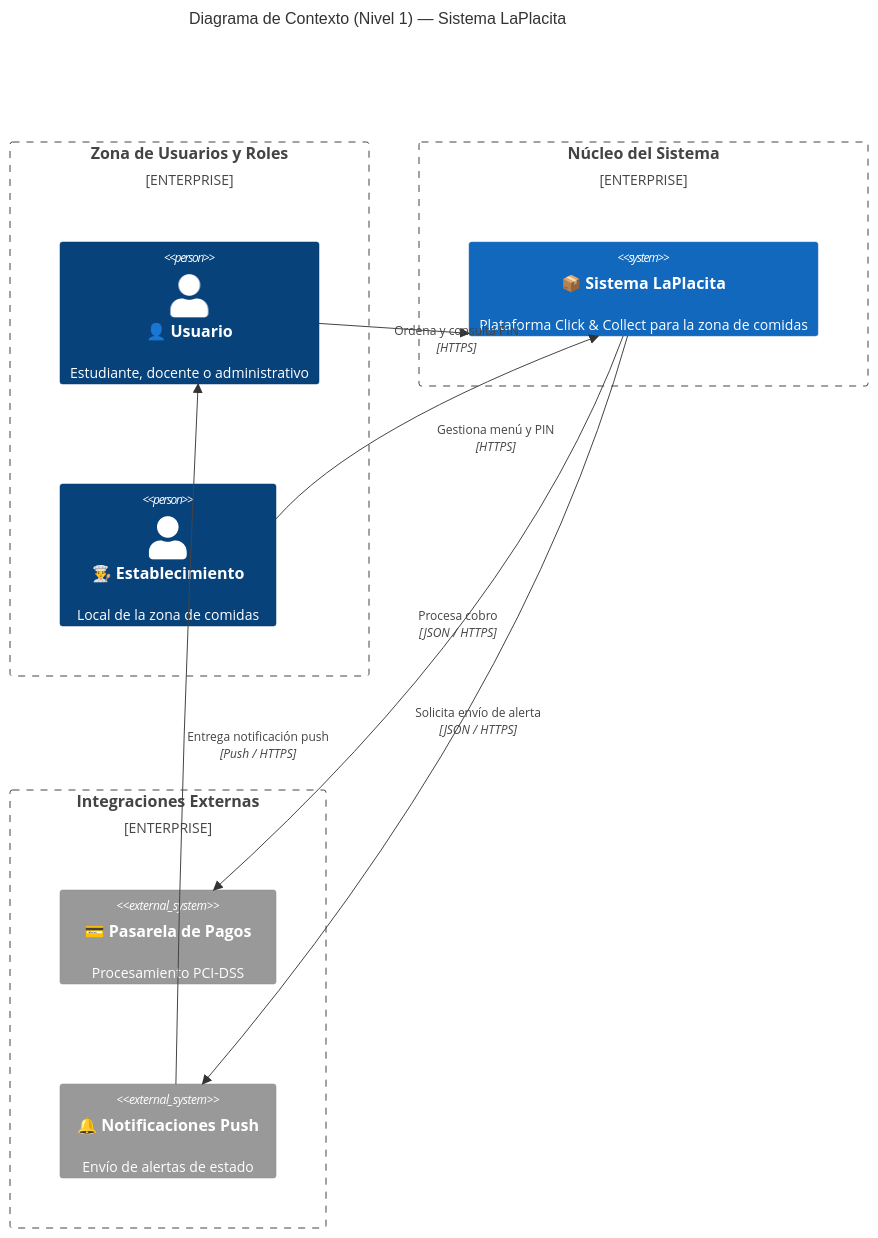
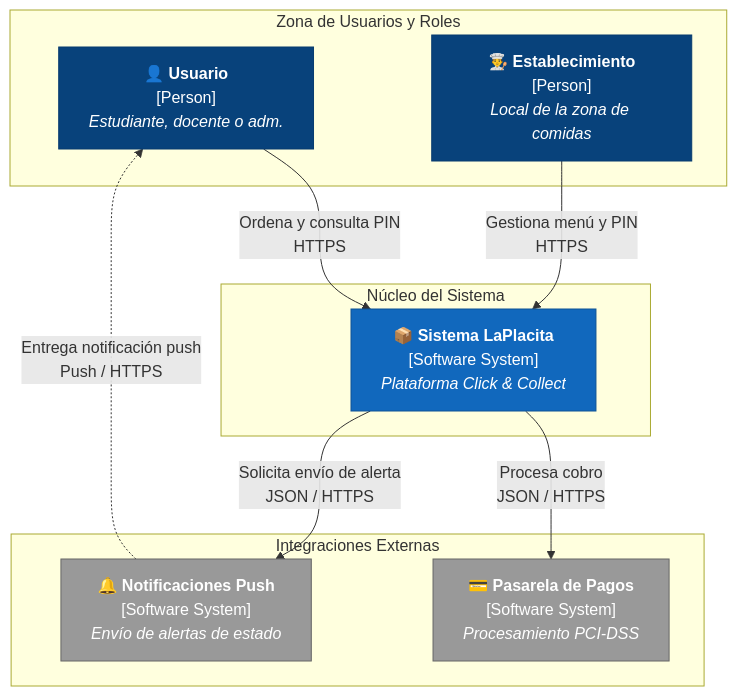
The diagram in docs/c4/contexto.md (ISCOUTB/AS_202620_LaPlacita), drawn with Mermaid before and after one commit. The commit also changed 1 other file, not shown here.

````diff
--- a/docs/c4/contexto.md
+++ b/docs/c4/contexto.md
@@ -5,28 +5,28 @@
 ```mermaid
-C4Context
-    title Diagrama de Contexto (Nivel 1) — Sistema LaPlacita
+flowchart TD
+    classDef person fill:#08427b,stroke:#073b6f,color:#fff;
+    classDef system fill:#1168bd,stroke:#0e5296,color:#fff;
+    classDef extSystem fill:#999999,stroke:#666666,color:#fff;
 
-    Enterprise_Boundary(b0, "Zona de Usuarios y Roles") {
-        Person(usuario, "👤 Usuario", "Estudiante, docente o administrativo")
-        Person(establecimiento, "👨‍🍳 Establecimiento", "Local de la zona de comidas")
-    }
+    subgraph b0 ["Zona de Usuarios y Roles"]
+        usuario["👤 <b>Usuario</b><br/>[Person]<br/><i>Estudiante, docente o adm.</i>"]:::person
+        establecimiento["👨‍🍳 <b>Establecimiento</b><br/>[Person]<br/><i>Local de la zona de comidas</i>"]:::person
+    end
 
-    Enterprise_Boundary(b1, "Núcleo del Sistema") {
-        System(laPlacita, "📦 Sistema LaPlacita", "Plataforma Click & Collect para la zona de comidas")
-    }
+    subgraph b1 ["Núcleo del Sistema"]
+        laPlacita["📦 <b>Sistema LaPlacita</b><br/>[Software System]<br/><i>Plataforma Click & Collect</i>"]:::system
+    end
 
-    Enterprise_Boundary(b2, "Integraciones Externas") {
-        System_Ext(pago, "💳 Pasarela de Pagos", "Procesamiento PCI-DSS")
-        System_Ext(push, "🔔 Notificaciones Push", "Envío de alertas de estado")
-    }
+    subgraph b2 ["Integraciones Externas"]
+        pago["💳 <b>Pasarela de Pagos</b><br/>[Software System]<br/><i>Procesamiento PCI-DSS</i>"]:::extSystem
+        push["🔔 <b>Notificaciones Push</b><br/>[Software System]<br/><i>Envío de alertas de estado</i>"]:::extSystem
+    end
 
-    %% --- RELACIONES LIMPIAS ---
-    Rel(usuario, laPlacita, "Ordena y consulta PIN", "HTTPS")
-    Rel(establecimiento, laPlacita, "Gestiona menú y PIN", "HTTPS")
+    usuario -->|Ordena y consulta PIN<br/>HTTPS| laPlacita
+    establecimiento -->|Gestiona menú y PIN<br/>HTTPS| laPlacita
 
-    Rel(laPlacita, pago, "Procesa cobro", "JSON / HTTPS")
-    Rel(laPlacita, push, "Solicita envío de alerta", "JSON / HTTPS")
+    laPlacita -->|Procesa cobro<br/>JSON / HTTPS| pago
+    laPlacita -->|Solicita envío de alerta<br/>JSON / HTTPS| push
 
-    Rel(push, usuario, "Entrega notificación push", "Push / HTTPS")
-
+    push -.->|Entrega notificación push<br/>Push / HTTPS| usuario
 ```
````
